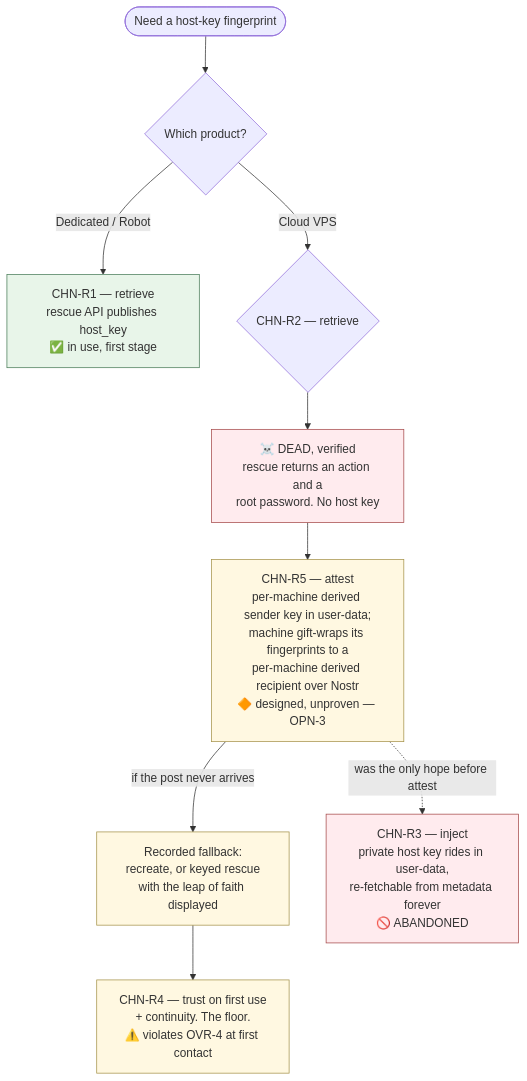
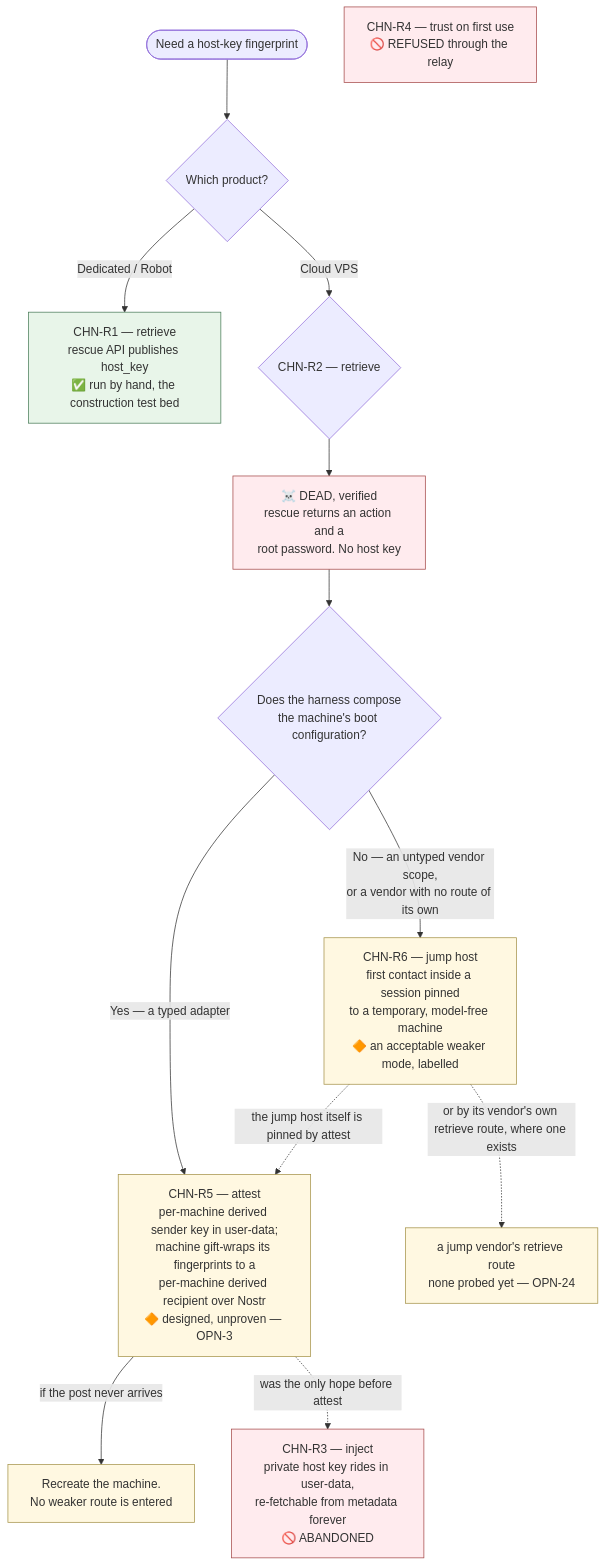
Before and after one commit to douglaz/tau-web-spec: the first of 2 diagrams in 02-channel.md, drawn with Mermaid. The commit also changed other lines of this file and 42 other files, not shown here.

First line of the commit message:
docs(spec): put the general case first — no tenant, the owner's scenario as stage 1 (#11)

````diff
--- a/02-channel.md
+++ b/02-channel.md
@@ -31,17 +32,21 @@
 ```mermaid
 flowchart TD
     START([Need a host-key fingerprint]) --> PROD{Which product?}
-    PROD -->|Dedicated / Robot| R1["CHN-R1 — retrieve<br/>rescue API publishes host_key<br/>✅ in use, first stage"]
+    PROD -->|Dedicated / Robot| R1["CHN-R1 — retrieve<br/>rescue API publishes host_key<br/>✅ run by hand, the construction test bed"]
     PROD -->|Cloud VPS| R2{"CHN-R2 — retrieve"}
     R2 --> R2D["☠️ DEAD, verified<br/>rescue returns an action and a<br/>root password. No host key"]
-    R2D --> R5["CHN-R5 — attest<br/>per-machine derived sender key in user-data;<br/>machine gift-wraps its fingerprints to a<br/>per-machine derived recipient over Nostr<br/>🔶 designed, unproven — OPN-3"]
-    R5 -->|"if the post never arrives"| FB["Recorded fallback:<br/>recreate, or keyed rescue<br/>with the leap of faith displayed"]
+    R2D --> BOOT{"Does the harness compose<br/>the machine's boot configuration?"}
+    BOOT -->|"Yes — a typed adapter"| R5["CHN-R5 — attest<br/>per-machine derived sender key in user-data;<br/>machine gift-wraps its fingerprints to a<br/>per-machine derived recipient over Nostr<br/>🔶 designed, unproven — OPN-3"]
+    BOOT -->|"No — an untyped vendor scope,<br/>or a vendor with no route of its own"| R6["CHN-R6 — jump host<br/>first contact inside a session pinned<br/>to a temporary, model-free machine<br/>🔶 an acceptable weaker mode, labelled"]
+    R5 -->|"if the post never arrives"| RC["Recreate the machine.<br/>No weaker route is entered"]
+    R6 -.->|"the jump host itself is pinned by attest"| R5
+    R6 -.->|"or by its vendor's own retrieve route, where one exists"| RJ["a jump vendor's retrieve route<br/>none probed yet — OPN-24"]
     R5 -.->|"was the only hope before attest"| R3["CHN-R3 — inject<br/>private host key rides in user-data,<br/>re-fetchable from metadata forever<br/>🚫 ABANDONED"]
-    FB --> R4["CHN-R4 — trust on first use<br/>+ continuity. The floor.<br/>⚠️ violates OVR-4 at first contact"]
+    R4["CHN-R4 — trust on first use<br/>🚫 REFUSED through the relay"]
     classDef live fill:#e8f5e9,stroke:#4a7c59
     classDef dead fill:#ffebee,stroke:#a54a4a
     classDef pending fill:#fff8e1,stroke:#a5934a
     class R1 live
-    class R2D,R3 dead
-    class R5,R4,FB pending
+    class R2D,R3,R4 dead
+    class R5,R6,RC,RJ pending
 ```
````
